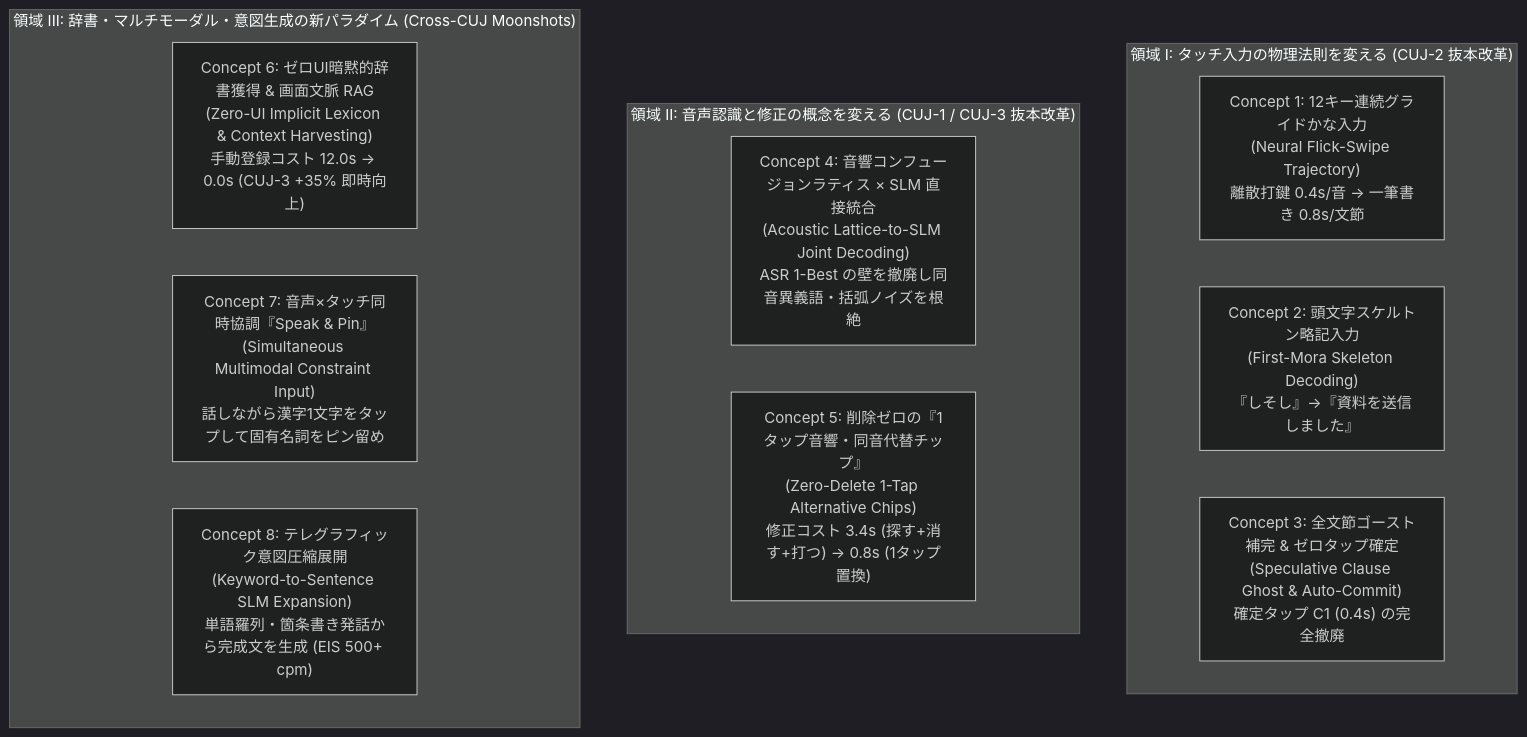
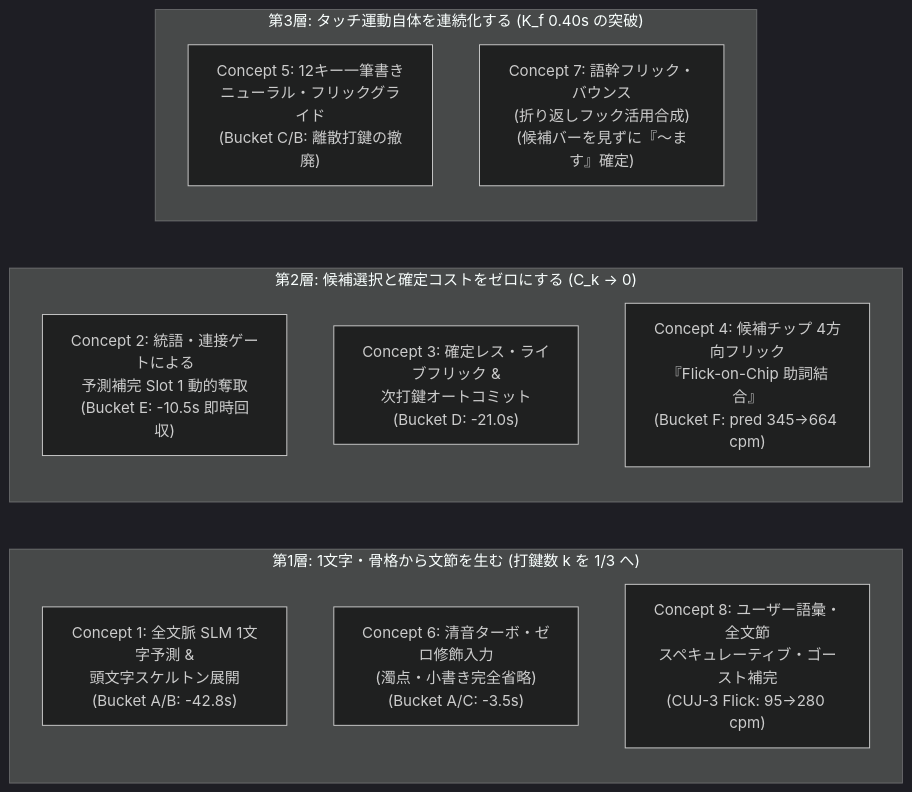
Before and after one commit to kenichikurihara/jotinput: the second of 4 diagrams in docs/eis_radical_headroom_and_moonshot_concepts.md, drawn with Mermaid (dark theme). The commit also changed other lines of this file and 1 other file, not shown here.

Commit message:
docs(eis): focus headroom anatomy and 8 radical concepts exclusively on flick input

````diff
--- a/docs/eis_radical_headroom_and_moonshot_concepts.md
+++ b/docs/eis_radical_headroom_and_moonshot_concepts.md
@@ -86,17 +85,17 @@
 ```mermaid
-flowchart TB
-    subgraph H1["領域 I: タッチ入力の物理法則を変える (CUJ-2 抜本改革)"]
-        C1["Concept 1: 12キー連続グライドかな入力<br/>(Neural Flick-Swipe Trajectory)<br/>離散打鍵 0.4s/音 → 一筆書き 0.8s/文節"]
-        C2["Concept 2: 頭文字スケルトン略記入力<br/>(First-Mora Skeleton Decoding)<br/>『しそし』→『資料を送信しました』"]
-        C3["Concept 3: 全文節ゴースト補完 & ゼロタップ確定<br/>(Speculative Clause Ghost & Auto-Commit)<br/>確定タップ C1 (0.4s) の完全撤廃"]
+flowchart LR
+    subgraph Layer1["第1層: 1文字・骨格から文節を生む (打鍵数 k を 1/3 へ)"]
+        C1["Concept 1: 全文脈 SLM 1文字予測 &<br/>頭文字スケルトン展開<br/>(Bucket A/B: -42.8s)"]
+        C6["Concept 6: 清音ターボ・ゼロ修飾入力<br/>(濁点・小書き完全省略)<br/>(Bucket A/C: -3.5s)"]
+        C8["Concept 8: ユーザー語彙・全文節<br/>スペキュレーティブ・ゴースト補完<br/>(CUJ-3 Flick: 95→280 cpm)"]
     end
-    subgraph H2["領域 II: 音声認識と修正の概念を変える (CUJ-1 / CUJ-3 抜本改革)"]
-        C4["Concept 4: 音響コンフュージョンラティス × SLM 直接統合<br/>(Acoustic Lattice-to-SLM Joint Decoding)<br/>ASR 1-Best の壁を撤廃し同音異義語・括弧ノイズを根絶"]
-        C5["Concept 5: 削除ゼロの『1タップ音響・同音代替チップ』<br/>(Zero-Delete 1-Tap Alternative Chips)<br/>修正コスト 3.4s (探す+消す+打つ) → 0.8s (1タップ置換)"]
+    subgraph Layer2["第2層: 候補選択と確定コストをゼロにする (C_k -> 0)"]
+        C2["Concept 2: 統語・連接ゲートによる<br/>予測補完 Slot 1 動的奪取<br/>(Bucket E: -10.5s 即時回収)"]
+        C3["Concept 3: 確定レス・ライブフリック &<br/>次打鍵オートコミット<br/>(Bucket D: -21.0s)"]
+        C4["Concept 4: 候補チップ 4方向フリック<br/>『Flick-on-Chip 助詞結合』<br/>(Bucket F: pred 345→664 cpm)"]
     end
-    subgraph H3["領域 III: 辞書・マルチモーダル・意図生成の新パラダイム (Cross-CUJ Moonshots)"]
-        C6["Concept 6: ゼロUI暗黙的辞書獲得 & 画面文脈 RAG<br/>(Zero-UI Implicit Lexicon & Context Harvesting)<br/>手動登録コスト 12.0s → 0.0s (CUJ-3 +35% 即時向上)"]
-        C7["Concept 7: 音声×タッチ同時協調『Speak & Pin』<br/>(Simultaneous Multimodal Constraint Input)<br/>話しながら漢字1文字をタップして固有名詞をピン留め"]
-        C8["Concept 8: テレグラフィック意図圧縮展開<br/>(Keyword-to-Sentence SLM Expansion)<br/>単語羅列・箇条書き発話から完成文を生成 (EIS 500+ cpm)"]
+    subgraph Layer3["第3層: タッチ運動自体を連続化する (K_f 0.40s の突破)"]
+        C5["Concept 5: 12キー一筆書き<br/>ニューラル・フリックグライド<br/>(Bucket C/B: 離散打鍵の撤廃)"]
+        C7["Concept 7: 語幹フリック・バウンス<br/>(折り返しフック活用合成)<br/>(候補バーを見ずに『〜ます』確定)"]
     end
 ```
````
